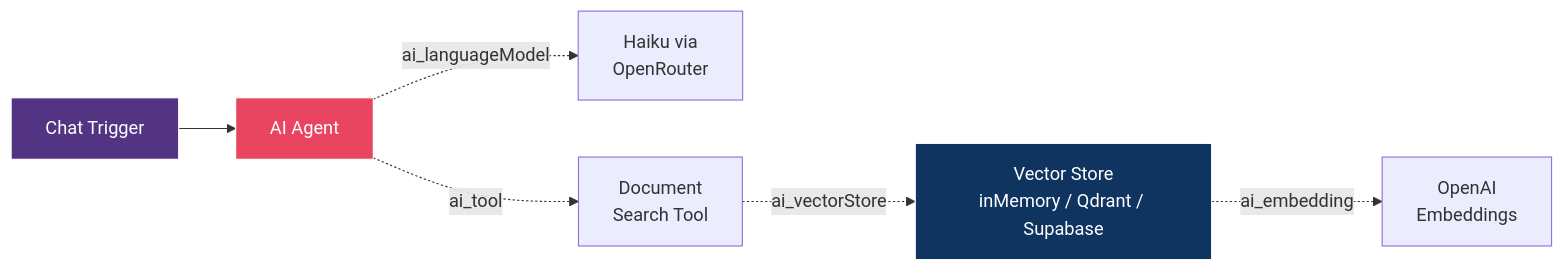
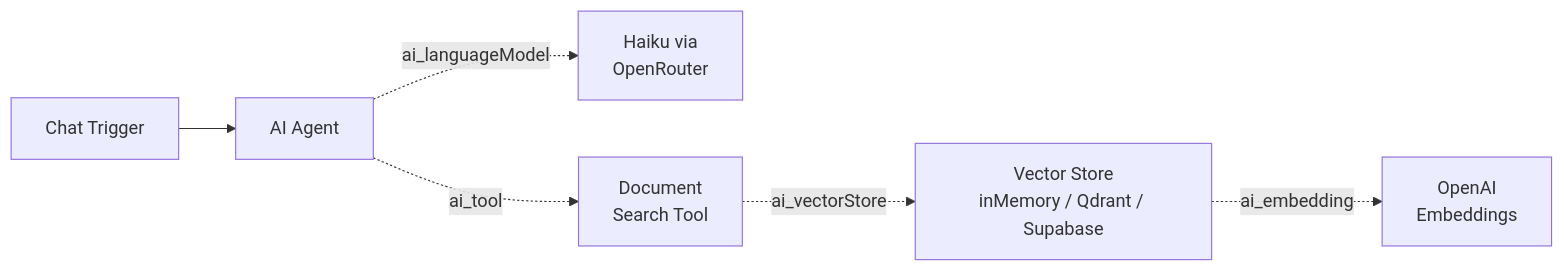
Before and after one commit to mj-deving/rag-pipeline-factory: the second of 4 diagrams in README.md, drawn with Mermaid. The commit also changed other lines of this file, not shown here.

Commit message:
docs: remove custom colors from Mermaid diagrams

````diff
--- a/README.md
+++ b/README.md
@@ -102,12 +98,9 @@
 ```mermaid
 graph LR
     CT2[Chat Trigger] --> Agent2[AI Agent]
     Agent2 -.->|ai_languageModel| LLM2[Haiku via<br/>OpenRouter]
     Agent2 -.->|ai_tool| VS_Tool[Document<br/>Search Tool]
     VS_Tool -.->|ai_vectorStore| VS[Vector Store<br/>inMemory / Qdrant / Supabase]
     VS -.->|ai_embedding| Emb[OpenAI<br/>Embeddings]
 
-    style CT2 fill:#533483,stroke:#fff,color:#fff
-    style Agent2 fill:#e94560,stroke:#fff,color:#fff
-    style VS fill:#0f3460,stroke:#fff,color:#fff
 ```
````
